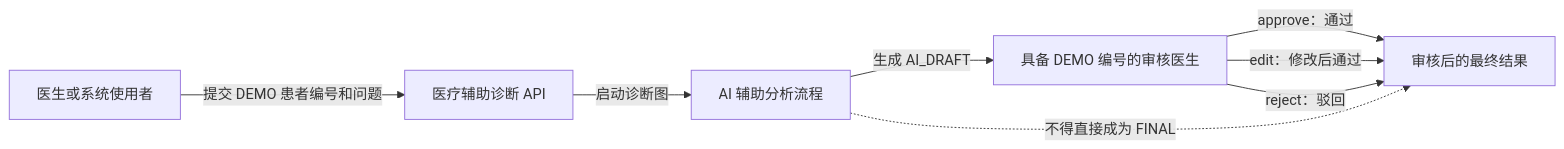
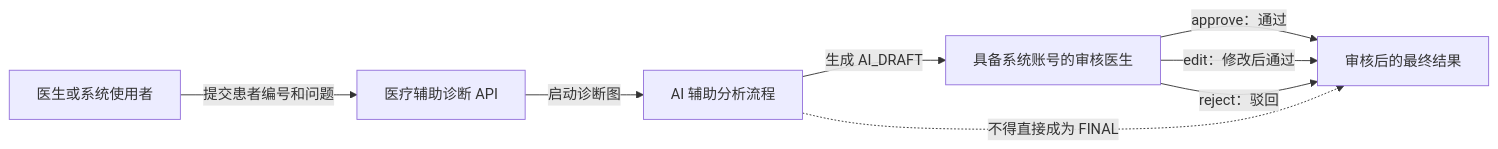
One commit to 929711991/medical-multi-agent changed the first of 12 diagrams in docs/business-technical-flow.md. Above: the diagram before and after it, drawn with Mermaid. The commit also changed other lines of this file and 6 other files, not shown here.

````diff
--- a/docs/business-technical-flow.md
+++ b/docs/business-technical-flow.md
@@ -9,17 +9,17 @@
 ```mermaid
 flowchart LR
     User["医生或系统使用者"]
     API["医疗辅助诊断 API"]
     AI["AI 辅助分析流程"]
-    Reviewer["具备 DEMO 编号的审核医生"]
+    Reviewer["具备系统账号的审核医生"]
     Final["审核后的最终结果"]
 
-    User -->|"提交 DEMO 患者编号和问题"| API
+    User -->|"提交患者编号和问题"| API
     API -->|"启动诊断图"| AI
     AI -->|"生成 AI_DRAFT"| Reviewer
     Reviewer -->|"approve：通过"| Final
     Reviewer -->|"edit：修改后通过"| Final
     Reviewer -->|"reject：驳回"| Final
 
     AI -.->|"不得直接成为 FINAL"| Final
 ```
````
